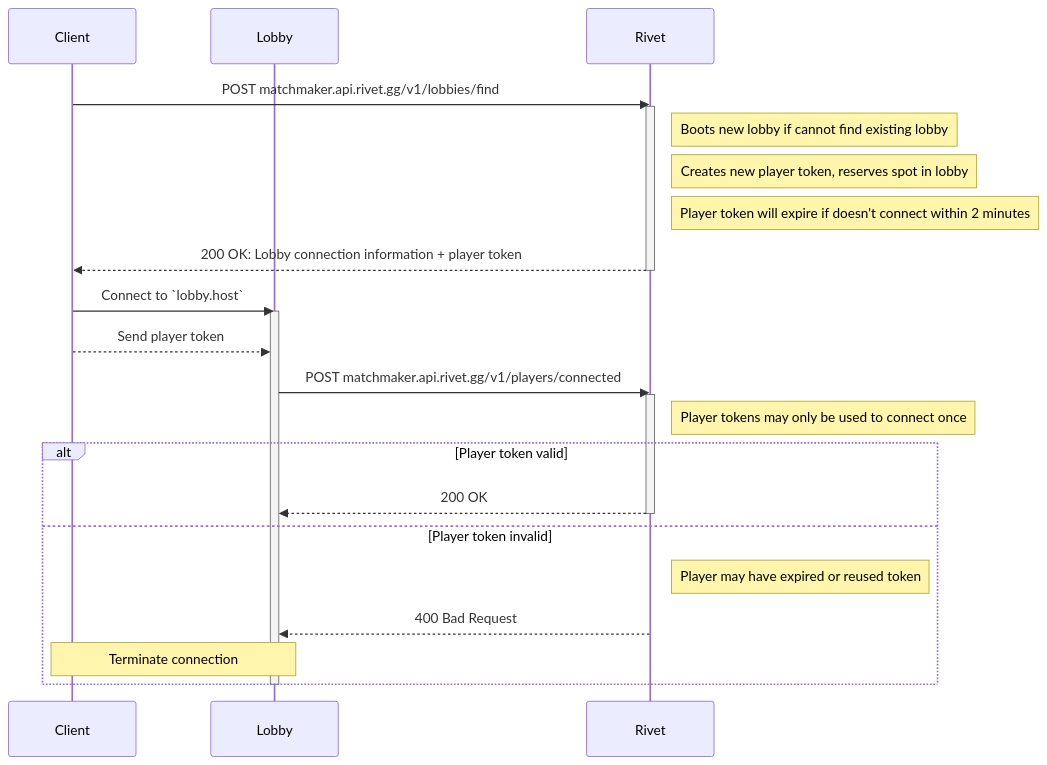
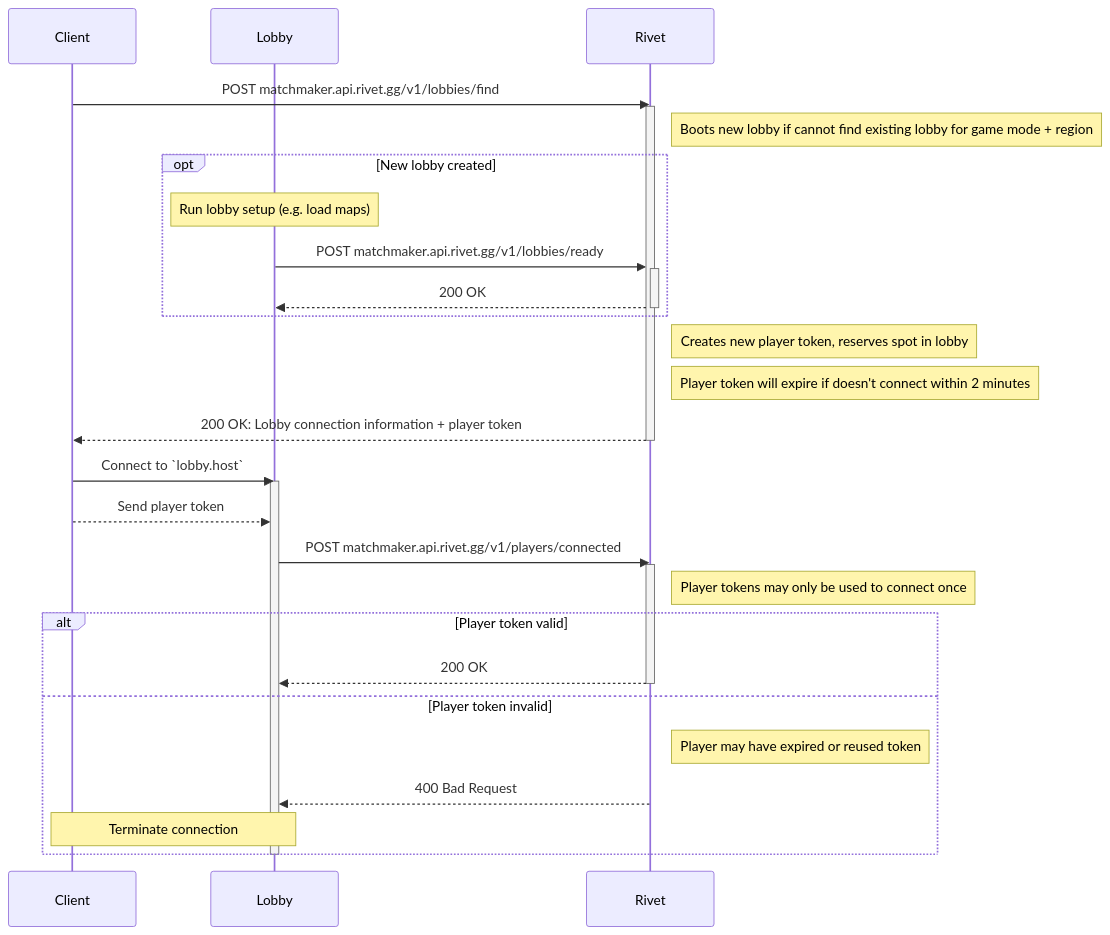
Before and after one commit to roa-beep/docs: the first of 2 diagrams in docs/concepts/matchmaker/flow.md, drawn with Mermaid. The commit also changed other lines of this file, not shown here.

Commit message:
Add more info to lobby flow

````diff
--- a/docs/concepts/matchmaker/flow.md
+++ b/docs/concepts/matchmaker/flow.md
@@ -5,35 +5,44 @@
 ```mermaid
 sequenceDiagram
 
 participant C as Client
 participant L as Lobby
 participant R as Rivet
 
 C->>R: POST matchmaker.api.rivet.gg/v1/lobbies/find
 activate R
-note right of R: Boots new lobby if cannot find existing lobby
+note right of R: Boots new lobby if cannot find existing lobby for game mode + region
+
+opt New lobby created
+	note over L: Run lobby setup (e.g. load maps)
+	L->>R: POST matchmaker.api.rivet.gg/v1/lobbies/ready
+	activate R
+	R-->>L: 200 OK
+	deactivate R
+end
+
 note right of R: Creates new player token, reserves spot in lobby
 note right of R: Player token will expire if doesn't connect within 2 minutes
 R-->>C: 200 OK: Lobby connection information + player token
 deactivate R
 
 
 C->>L: Connect to `lobby.host`
 activate L
 C-->>L: Send player token
 
 L->>R: POST matchmaker.api.rivet.gg/v1/players/connected
 activate R
 note right of R: Player tokens may only be used to connect once
 alt Player token valid
 	R-->>L: 200 OK
 	deactivate R
 else Player token invalid
 	note right of R: Player may have expired or reused token
 	R-->>L: 400 Bad Request
 	Note over C,L: Terminate connection
 end
 
 deactivate L
 
 ```
````
